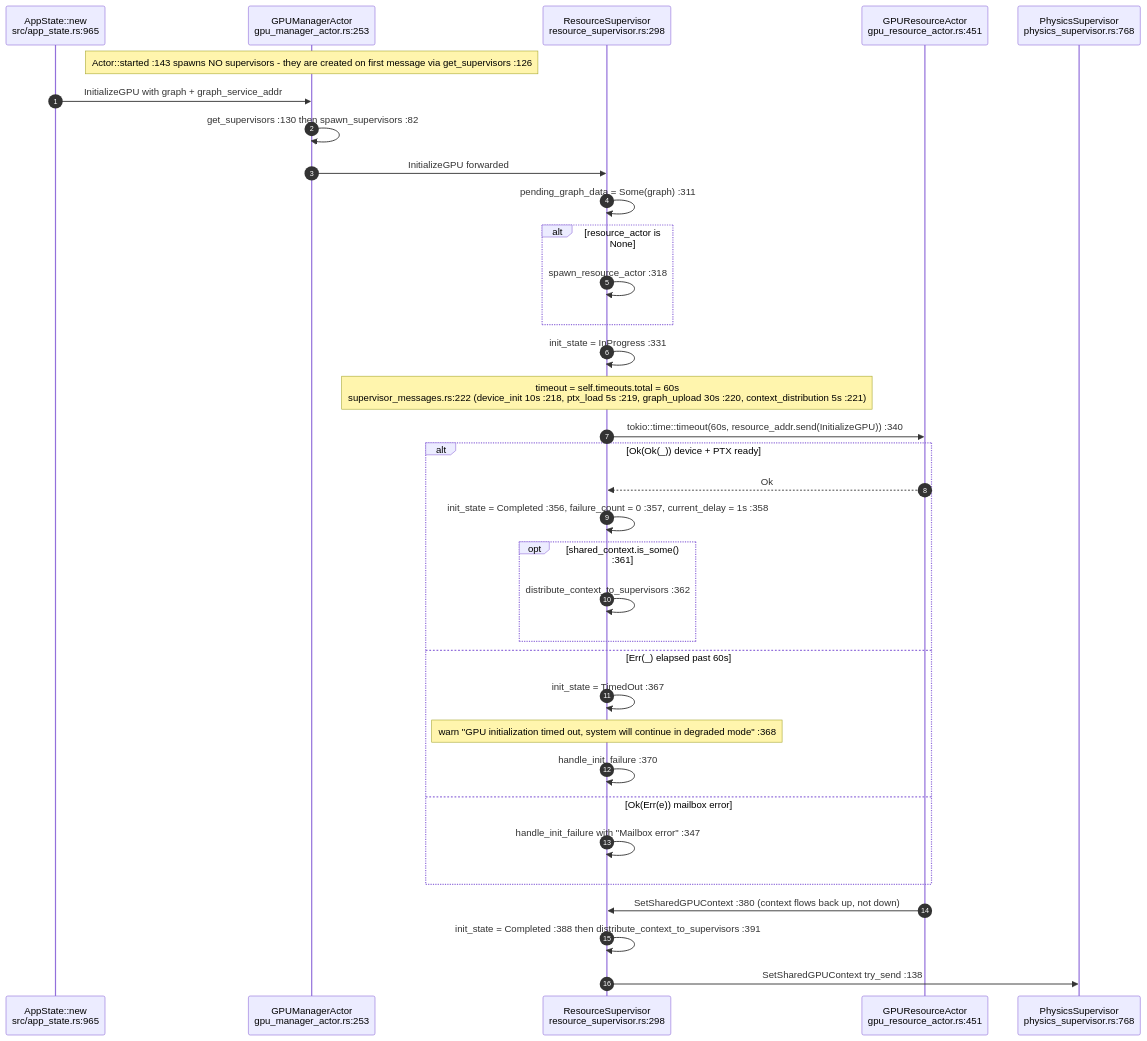
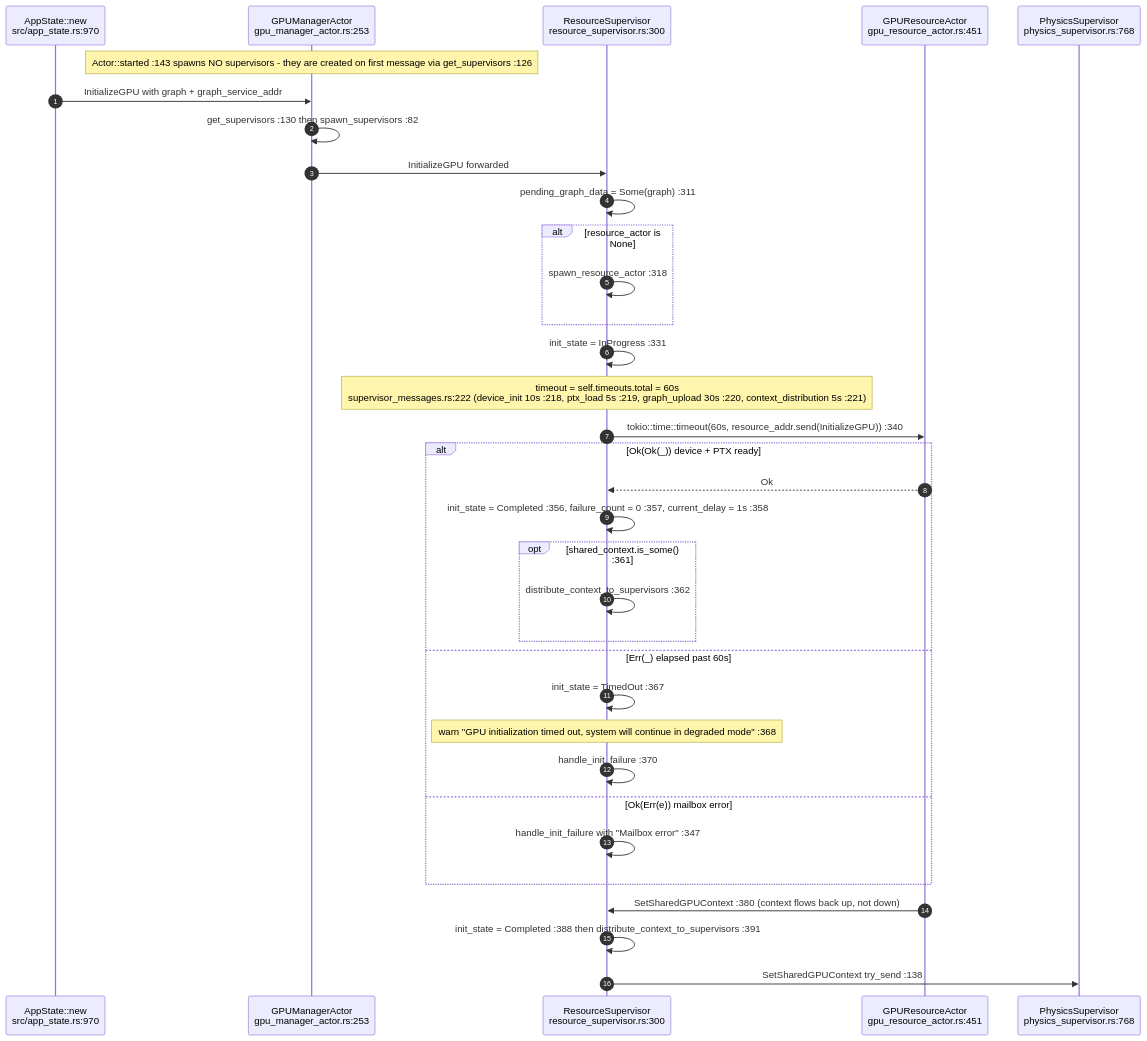
One commit to DreamLab-AI/AR-AI-Knowledge-Graph changed the second of 10 diagrams in docs/diagrams/visionclaw/10-gpu-supervision-and-context-bus.md. Above: the diagram before and after it, drawn with Mermaid. The commit also changed other lines of this file and 73 other files, not shown here.

First line of the commit message:
docs(diagrams): re-verify all 71 topic files against HEAD; add --cite-check

````diff
--- a/docs/diagrams/visionclaw/10-gpu-supervision-and-context-bus.md
+++ b/docs/diagrams/visionclaw/10-gpu-supervision-and-context-bus.md
@@ -86,37 +86,37 @@
 ```mermaid
 sequenceDiagram
     autonumber
-    participant APP as AppState::new<br/>src/app_state.rs:965
+    participant APP as AppState::new<br/>src/app_state.rs:970
     participant GM as GPUManagerActor<br/>gpu_manager_actor.rs:253
-    participant RS as ResourceSupervisor<br/>resource_supervisor.rs:298
+    participant RS as ResourceSupervisor<br/>resource_supervisor.rs:300
     participant GRA as GPUResourceActor<br/>gpu_resource_actor.rs:451
     participant PS as PhysicsSupervisor<br/>physics_supervisor.rs:768
 
     Note over GM: Actor::started :143 spawns NO supervisors - they are created on first message via get_supervisors :126
     APP->>GM: InitializeGPU with graph + graph_service_addr
     GM->>GM: get_supervisors :130 then spawn_supervisors :82
     GM->>RS: InitializeGPU forwarded
     RS->>RS: pending_graph_data = Some(graph) :311
     alt resource_actor is None
         RS->>RS: spawn_resource_actor :318
     end
     RS->>RS: init_state = InProgress :331
     Note over RS: timeout = self.timeouts.total = 60s<br/>supervisor_messages.rs:222 (device_init 10s :218, ptx_load 5s :219, graph_upload 30s :220, context_distribution 5s :221)
     RS->>GRA: tokio::time::timeout(60s, resource_addr.send(InitializeGPU)) :340
     alt Ok(Ok(_)) device + PTX ready
         GRA-->>RS: Ok
         RS->>RS: init_state = Completed :356, failure_count = 0 :357, current_delay = 1s :358
         opt shared_context.is_some() :361
             RS->>RS: distribute_context_to_supervisors :362
         end
     else Err(_) elapsed past 60s
         RS->>RS: init_state = TimedOut :367
         Note over RS: warn "GPU initialization timed out, system will continue in degraded mode" :368
         RS->>RS: handle_init_failure :370
     else Ok(Err(e)) mailbox error
         RS->>RS: handle_init_failure with "Mailbox error" :347
     end
     GRA->>RS: SetSharedGPUContext :380 (context flows back up, not down)
     RS->>RS: init_state = Completed :388 then distribute_context_to_supervisors :391
     RS->>PS: SetSharedGPUContext try_send :138
 ```
````
